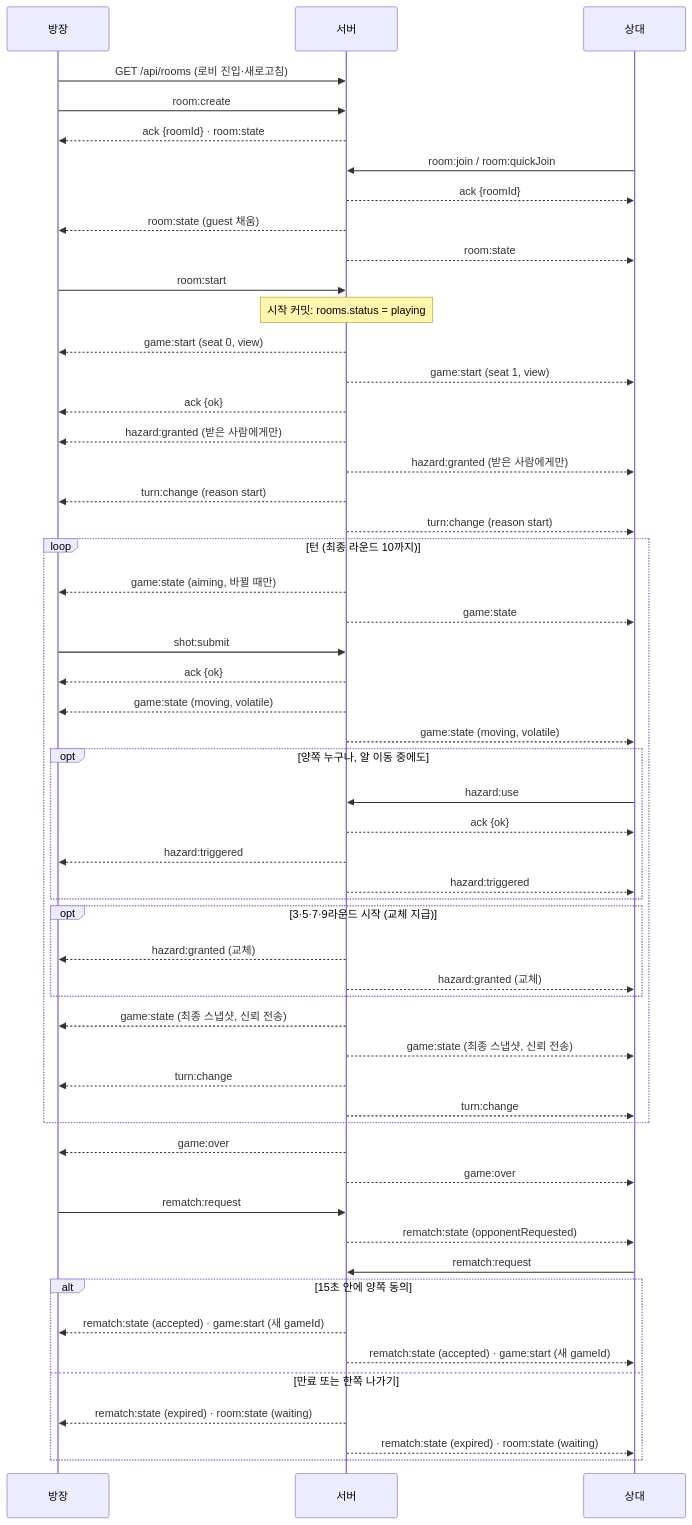
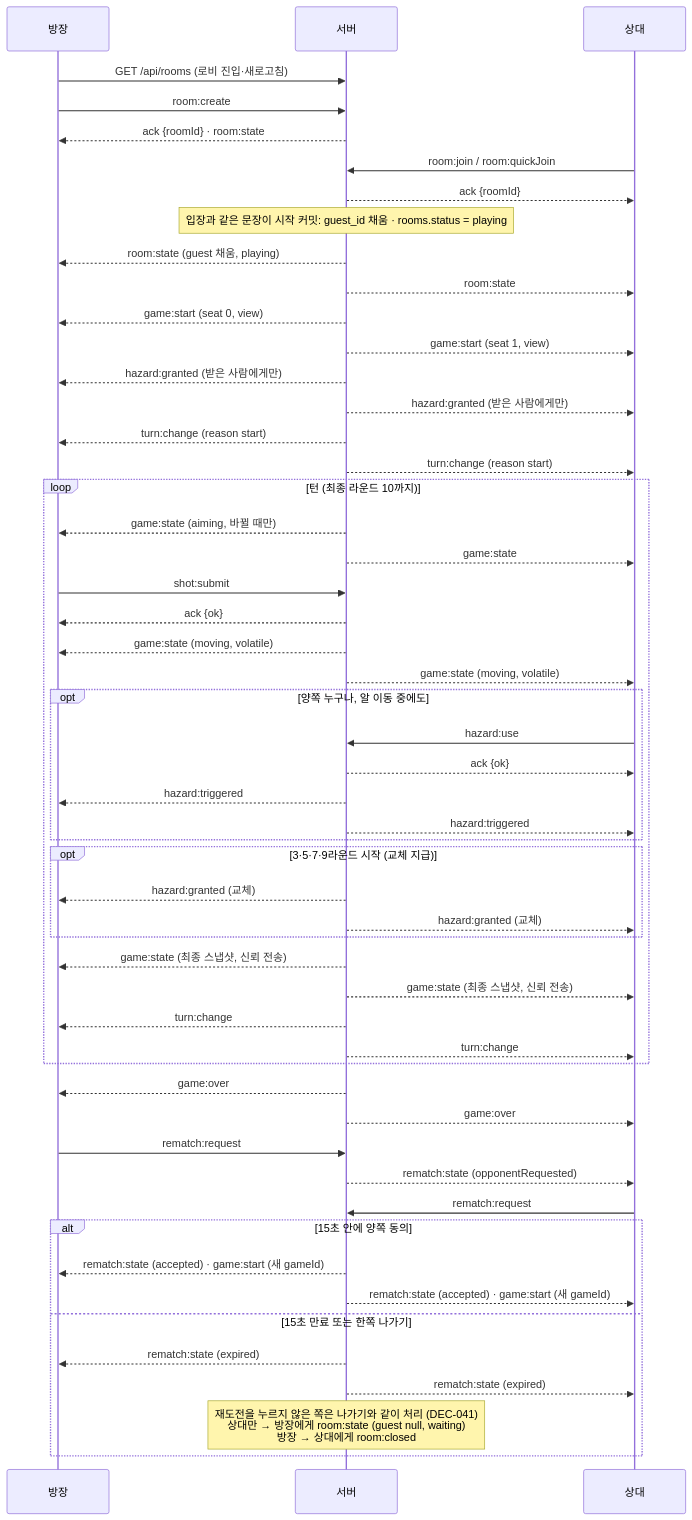
Before and after one commit to moguab2808-commits/mini-project-1-1: the diagram in docs/design/API.md, drawn with Mermaid. The commit also changed other lines of this file and 23 other files, not shown here.

````diff
--- a/docs/design/API.md
+++ b/docs/design/API.md
@@ -181,56 +182,55 @@
 ```mermaid
 sequenceDiagram
     participant H as 방장
     participant S as 서버
     participant G as 상대
     H->>S: GET /api/rooms (로비 진입·새로고침)
     H->>S: room:create
     S-->>H: ack {roomId} · room:state
     G->>S: room:join / room:quickJoin
     S-->>G: ack {roomId}
-    S-->>H: room:state (guest 채움)
+    Note over S: 입장과 같은 문장이 시작 커밋: guest_id 채움 · rooms.status = playing
+    S-->>H: room:state (guest 채움, playing)
     S-->>G: room:state
-    H->>S: room:start
-    Note over S: 시작 커밋: rooms.status = playing
     S-->>H: game:start (seat 0, view)
     S-->>G: game:start (seat 1, view)
-    S-->>H: ack {ok}
     S-->>H: hazard:granted (받은 사람에게만)
     S-->>G: hazard:granted (받은 사람에게만)
     S-->>H: turn:change (reason start)
     S-->>G: turn:change (reason start)
     loop 턴 (최종 라운드 10까지)
         S-->>H: game:state (aiming, 바뀔 때만)
         S-->>G: game:state
         H->>S: shot:submit
         S-->>H: ack {ok}
         S-->>H: game:state (moving, volatile)
         S-->>G: game:state (moving, volatile)
         opt 양쪽 누구나, 알 이동 중에도
             G->>S: hazard:use
             S-->>G: ack {ok}
             S-->>H: hazard:triggered
             S-->>G: hazard:triggered
         end
         opt 3·5·7·9라운드 시작 (교체 지급)
             S-->>H: hazard:granted (교체)
             S-->>G: hazard:granted (교체)
         end
         S-->>H: game:state (최종 스냅샷, 신뢰 전송)
         S-->>G: game:state (최종 스냅샷, 신뢰 전송)
         S-->>H: turn:change
         S-->>G: turn:change
     end
     S-->>H: game:over
     S-->>G: game:over
     H->>S: rematch:request
     S-->>G: rematch:state (opponentRequested)
     G->>S: rematch:request
     alt 15초 안에 양쪽 동의
         S-->>H: rematch:state (accepted) · game:start (새 gameId)
         S-->>G: rematch:state (accepted) · game:start (새 gameId)
-    else 만료 또는 한쪽 나가기
-        S-->>H: rematch:state (expired) · room:state (waiting)
-        S-->>G: rematch:state (expired) · room:state (waiting)
+    else 15초 만료 또는 한쪽 나가기
+        S-->>H: rematch:state (expired)
+        S-->>G: rematch:state (expired)
+        Note over S: 재도전을 누르지 않은 쪽은 나가기와 같이 처리 (DEC-041)<br/>상대만 → 방장에게 room:state (guest null, waiting)<br/>방장 → 상대에게 room:closed
     end
 ```
````
